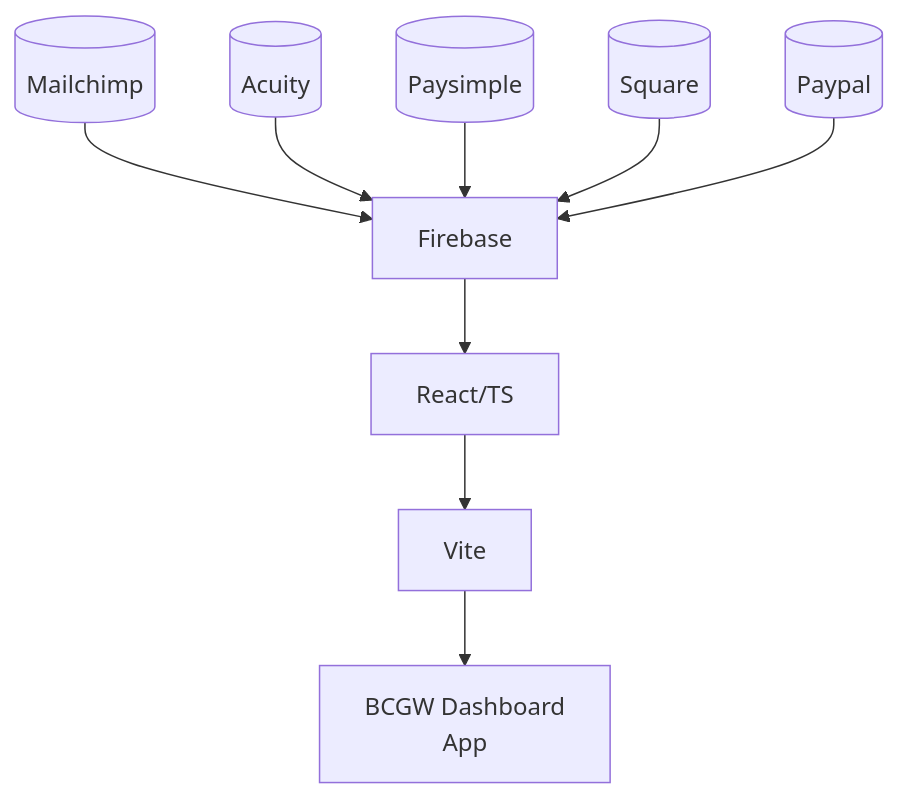
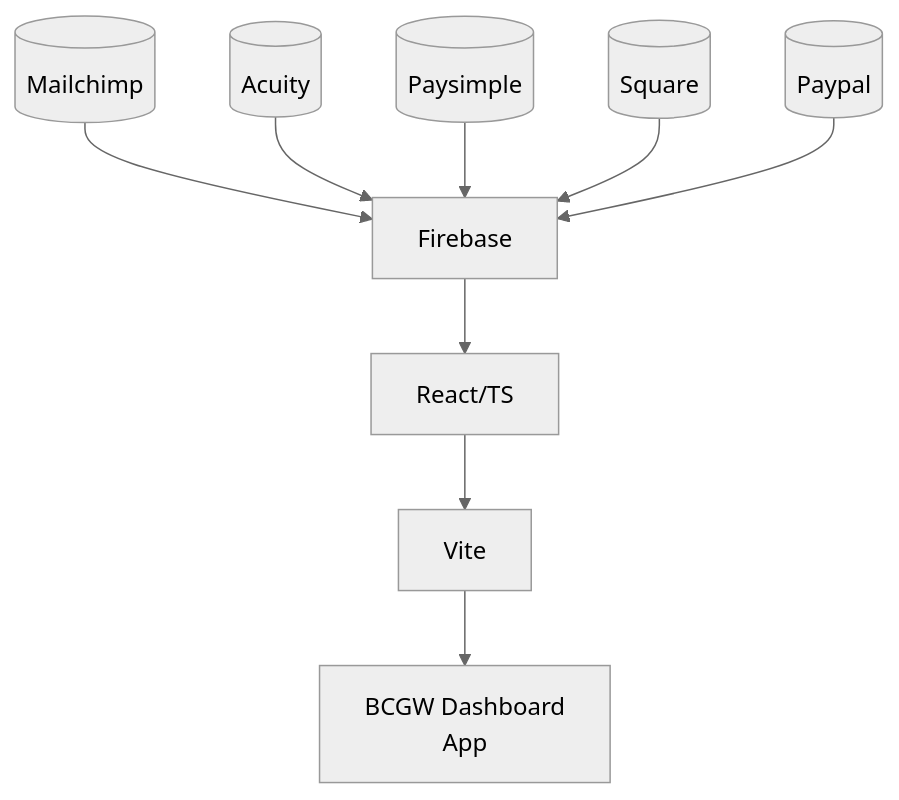
Before and after one commit to Hack4Impact-UMD/breastfeeding-center-gw: the diagram in README.md, drawn with Mermaid.

Commit message:
Update README.md
fixing my awesome mermaid diagram

````diff
--- a/README.md
+++ b/README.md
@@ -51,13 +51,14 @@
 ```mermaid
+%%{init: {'theme':'neutral'}}%%
     flowchart TD
         mc[(Mailchimp)] --> back
         ac[(Acuity)] --> back
         ps[(Paysimple)] --> back
         sq[(Square)] --> back
         pp[(Paypal)] --> back
         back[Firebase] --> front
         front[React/TS] --> build
         build[Vite] --> app
         app[BCGW Dashboard
         App]
 ```
````
